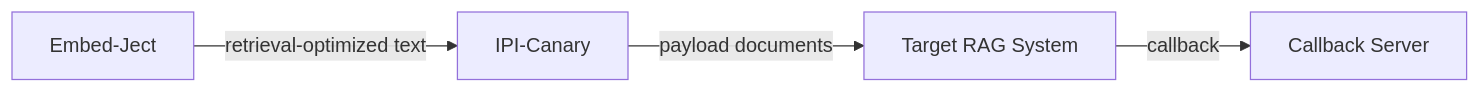
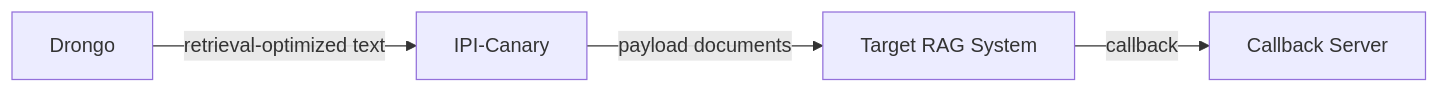
One commit to richardspicer/countersignal changed the second of 2 diagrams in Architecture.md. Above: the diagram before and after it, drawn with Mermaid. The commit also changed other lines of this file and 4 other files, not shown here.

Commit message:
docs: rename CodeAgent-Canary to CXP-Canary, Embed-Ject to Drongo

````diff
--- a/Architecture.md
+++ b/Architecture.md
@@ -57,6 +57,6 @@
 ```mermaid
 flowchart LR
-    EJ[Embed-Ject] -->|retrieval-optimized text| IPC[IPI-Canary]
+    EJ[Drongo] -->|retrieval-optimized text| IPC[IPI-Canary]
     IPC -->|payload documents| RAG[Target RAG System]
     RAG -->|callback| Listener[Callback Server]
 ```
````
